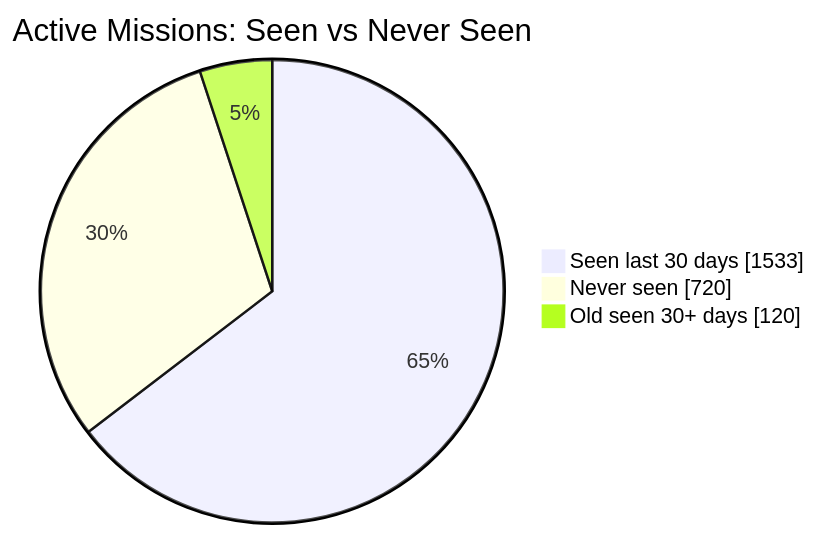
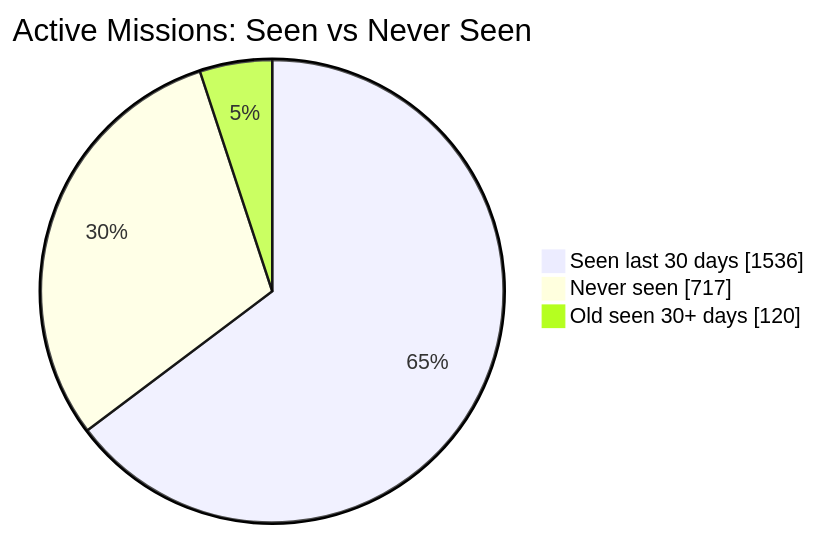
The first of 2 diagrams in README.md (MeldkamerspelGameTeam/active-missions), drawn with Mermaid before and after one commit. The commit also changed other lines of this file and 2 other files, not shown here.

````diff
--- a/README.md
+++ b/README.md
@@ -34,7 +34,7 @@
 ```mermaid
 pie showData
     title Active Missions: Seen vs Never Seen
-    "Seen last 30 days" : 1533
-    "Never seen" : 720
+    "Seen last 30 days" : 1536
+    "Never seen" : 717
     "Old seen 30+ days" : 120
 ```
````
